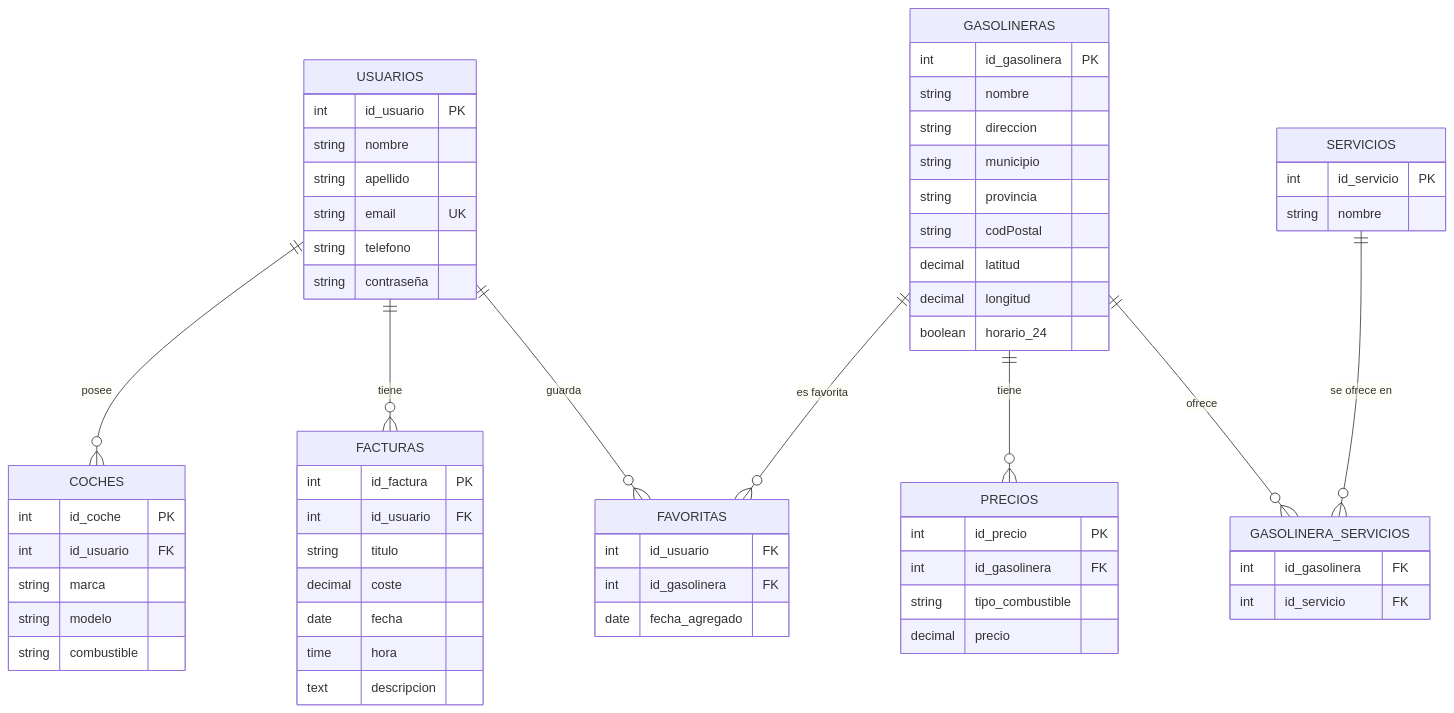
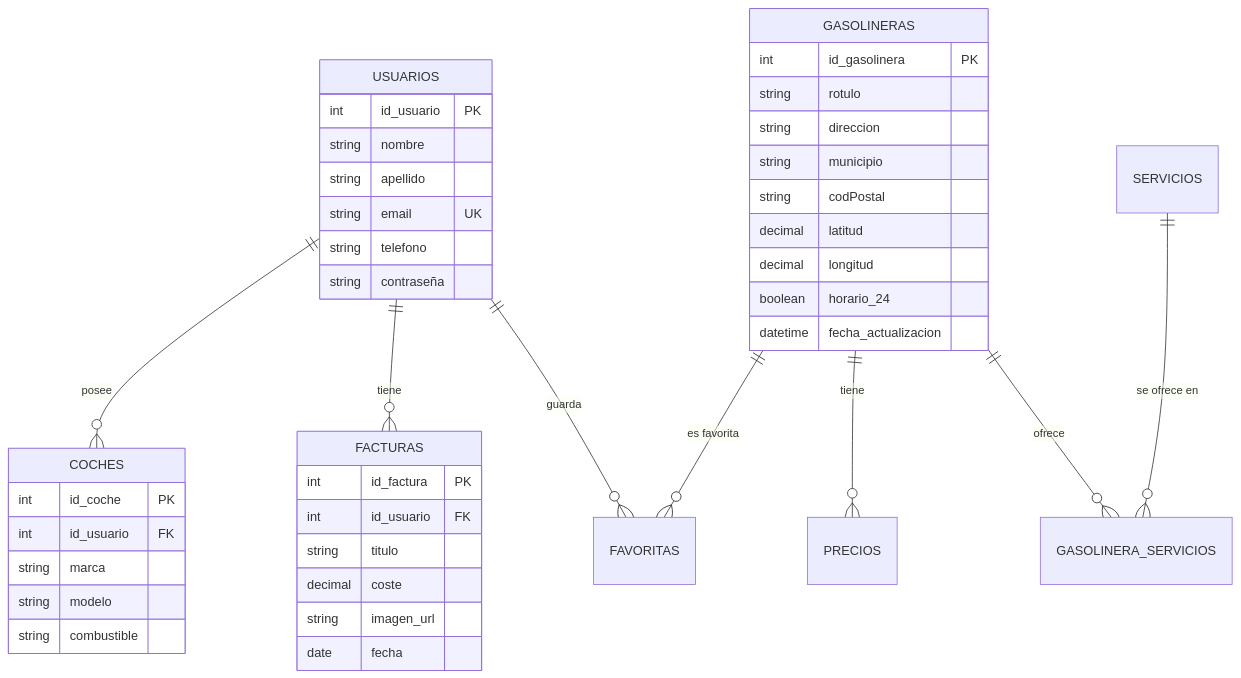
Before and after one commit to oskar4231/MyGasolineraBackEnd: the diagram in README.md, drawn with Mermaid. The commit also changed other lines of this file, not shown here.

````diff
--- a/README.md
+++ b/README.md
@@ -120,72 +153,48 @@
 ```mermaid
 erDiagram
     USUARIOS ||--o{ COCHES : posee
     USUARIOS ||--o{ FACTURAS : tiene
     USUARIOS ||--o{ FAVORITAS : guarda
     GASOLINERAS ||--o{ FAVORITAS : "es favorita"
     GASOLINERAS ||--o{ PRECIOS : tiene
     GASOLINERAS ||--o{ GASOLINERA_SERVICIOS : ofrece
     SERVICIOS ||--o{ GASOLINERA_SERVICIOS : "se ofrece en"
 
     USUARIOS {
         int id_usuario PK
         string nombre
         string apellido
         string email UK
         string telefono
         string contraseña
     }
 
     COCHES {
         int id_coche PK
         int id_usuario FK
         string marca
         string modelo
         string combustible
     }
 
     GASOLINERAS {
         int id_gasolinera PK
-        string nombre
+        string rotulo
         string direccion
         string municipio
-        string provincia
         string codPostal
         decimal latitud
         decimal longitud
         boolean horario_24
-    }
-
-    PRECIOS {
-        int id_precio PK
-        int id_gasolinera FK
-        string tipo_combustible
-        decimal precio
+        datetime fecha_actualizacion
     }
 
     FACTURAS {
         int id_factura PK
         int id_usuario FK
         string titulo
         decimal coste
+        string imagen_url
         date fecha
-        time hora
-        text descripcion
-    }
-
-    FAVORITAS {
-        int id_usuario FK
-        int id_gasolinera FK
-        date fecha_agregado
-    }
-
-    SERVICIOS {
-        int id_servicio PK
-        string nombre
-    }
-
-    GASOLINERA_SERVICIOS {
-        int id_gasolinera FK
-        int id_servicio FK
     }
 ```
````
